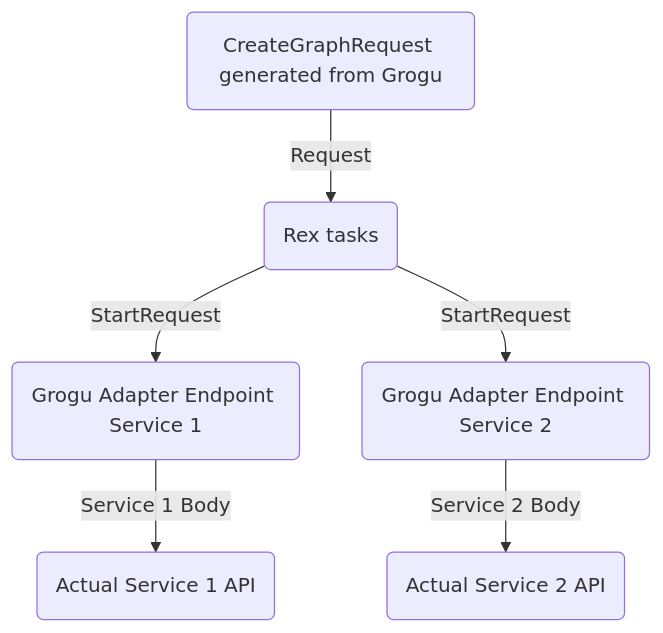
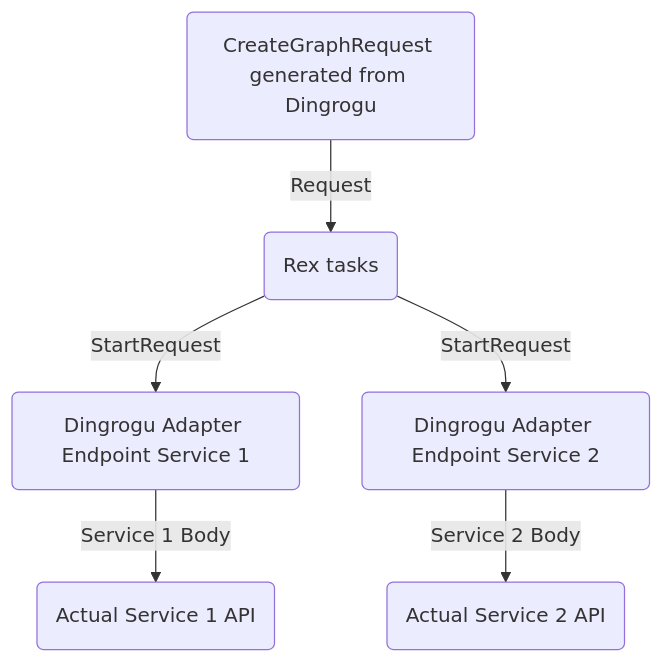
One commit to thescouser89/dingrogu changed the second of 5 diagrams in README.md. Above: the diagram before and after it, drawn with Mermaid. The commit also changed other lines of this file, not shown here.

````diff
--- a/README.md
+++ b/README.md
@@ -64,8 +61,8 @@
 ```mermaid
 graph TD
-    A(CreateGraphRequest generated from Grogu) -->|Request| Rex(Rex tasks)
-    Rex -->|StartRequest| GroguAdapterService1(Grogu Adapter Endpoint Service 1) 
-    GroguAdapterService1-->|Service 1 Body| ActualService1(Actual Service 1 API)
-    Rex -->|StartRequest| GroguAdapterService2(Grogu Adapter Endpoint Service 2) 
-    GroguAdapterService2 -->|Service 2 Body| ActualService2(Actual Service 2 API)
+    A(CreateGraphRequest generated from Dingrogu) -->|Request| Rex(Rex tasks)
+    Rex -->|StartRequest| DinGroguAdapterService1(Dingrogu Adapter Endpoint Service 1) 
+    DinGroguAdapterService1-->|Service 1 Body| ActualService1(Actual Service 1 API)
+    Rex -->|StartRequest| DinGroguAdapterService2(Dingrogu Adapter Endpoint Service 2) 
+    DinGroguAdapterService2 -->|Service 2 Body| ActualService2(Actual Service 2 API)
 ```
````
